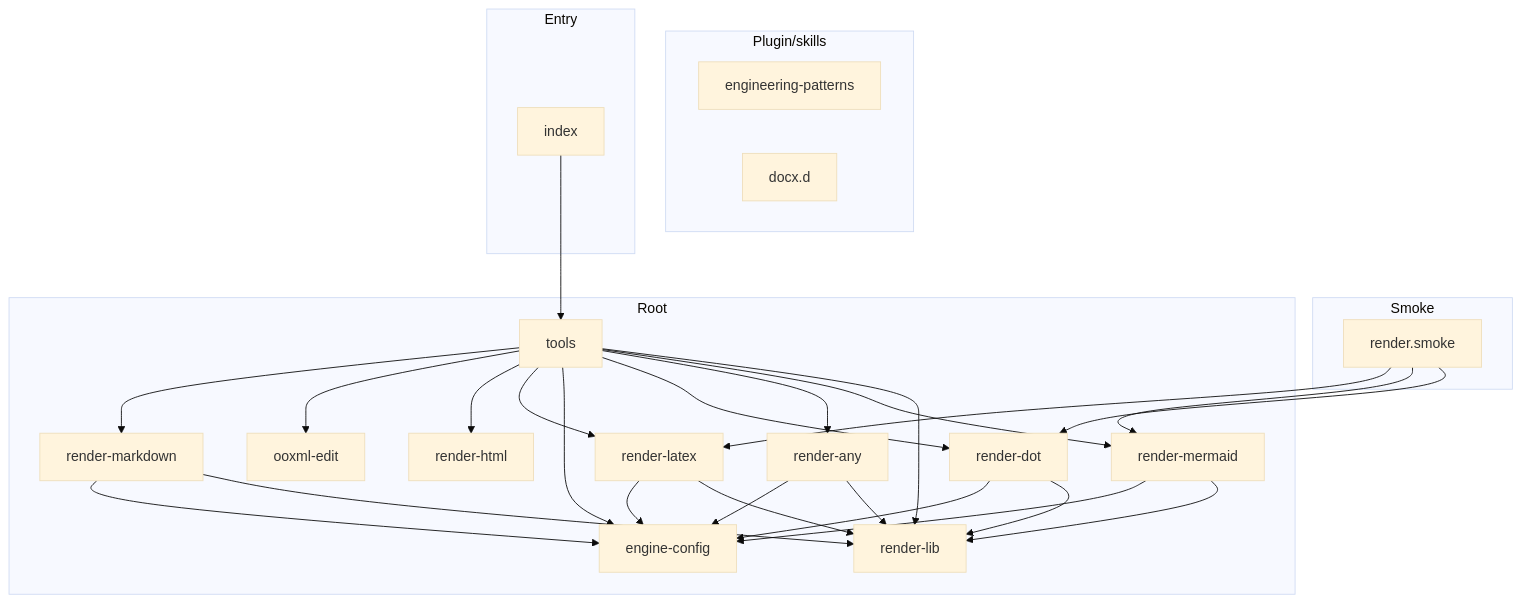
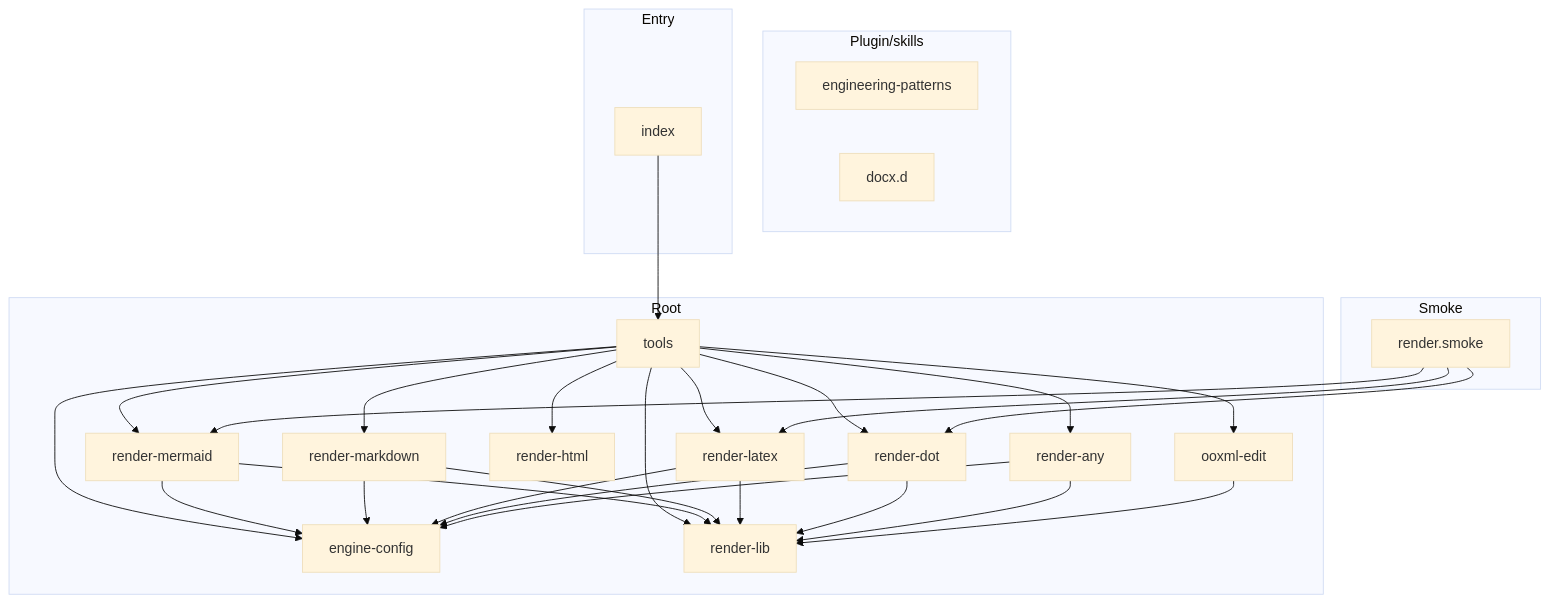
The diagram in docs/architecture/DEPENDENCY_GRAPH.md (danielsimonjr/scieng-mcp), drawn with Mermaid (base theme) before and after one commit. The commit also changed other lines of this file and 9 other files, not shown here.

Commit message:
ci: add the Architecture docs job; map writes the stale count

````diff
--- a/docs/architecture/DEPENDENCY_GRAPH.md
+++ b/docs/architecture/DEPENDENCY_GRAPH.md
@@ -338,52 +342,53 @@
 ```mermaid
 graph TD
     subgraph Plugin/skills
         N0[engineering-patterns]
         N1[docx.d]
     end
 
     subgraph Smoke
         N2[render.smoke]
     end
 
     subgraph Root
         N3[engine-config]
         N4[ooxml-edit]
         N5[render-any]
         N6[render-dot]
         N7[render-html]
         N8[render-latex]
         N9[render-lib]
         N10[render-markdown]
         N11[render-mermaid]
         N12[tools]
     end
 
     subgraph Entry
         N13[index]
     end
 
     N2 --> N6
     N2 --> N11
     N2 --> N8
     N13 --> N12
+    N4 --> N9
     N5 --> N9
     N5 --> N3
     N6 --> N9
     N6 --> N3
     N8 --> N9
     N8 --> N3
     N10 --> N9
     N10 --> N3
     N11 --> N9
     N11 --> N3
     N12 --> N9
     N12 --> N11
     N12 --> N5
     N12 --> N6
     N12 --> N3
     N12 --> N8
     N12 --> N7
     N12 --> N4
     N12 --> N10
 ```
````
